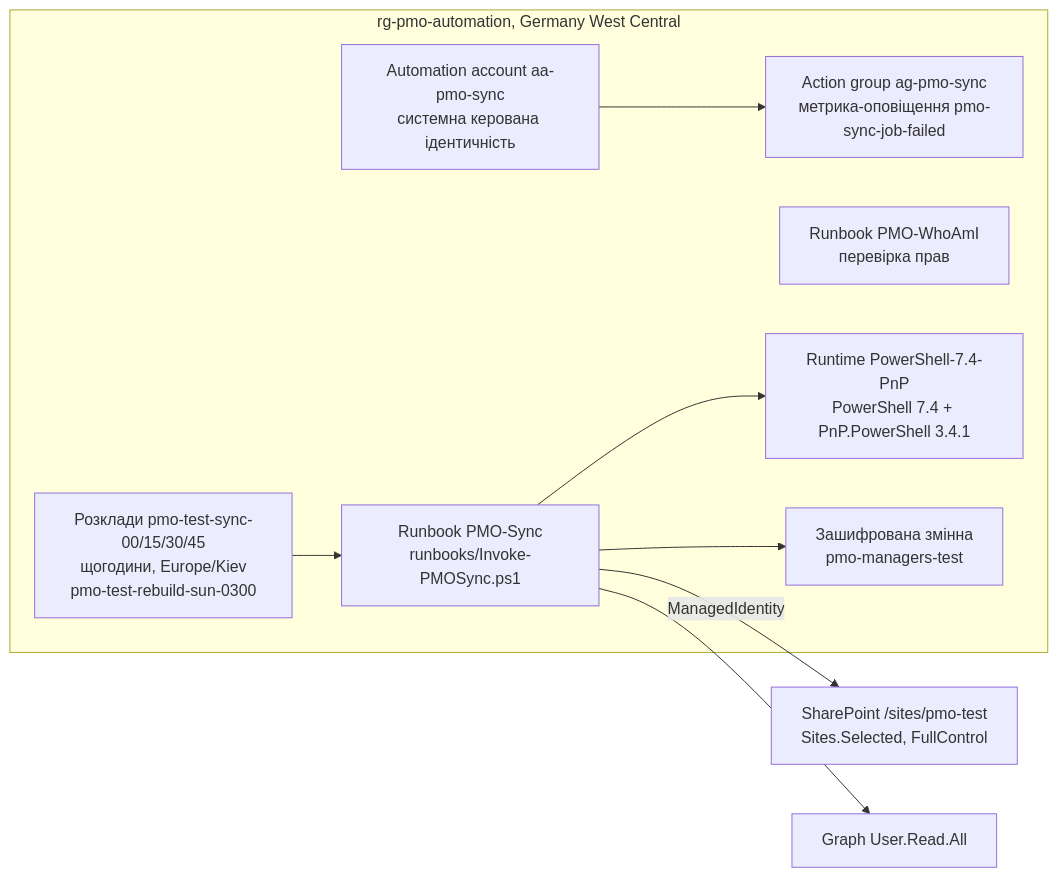
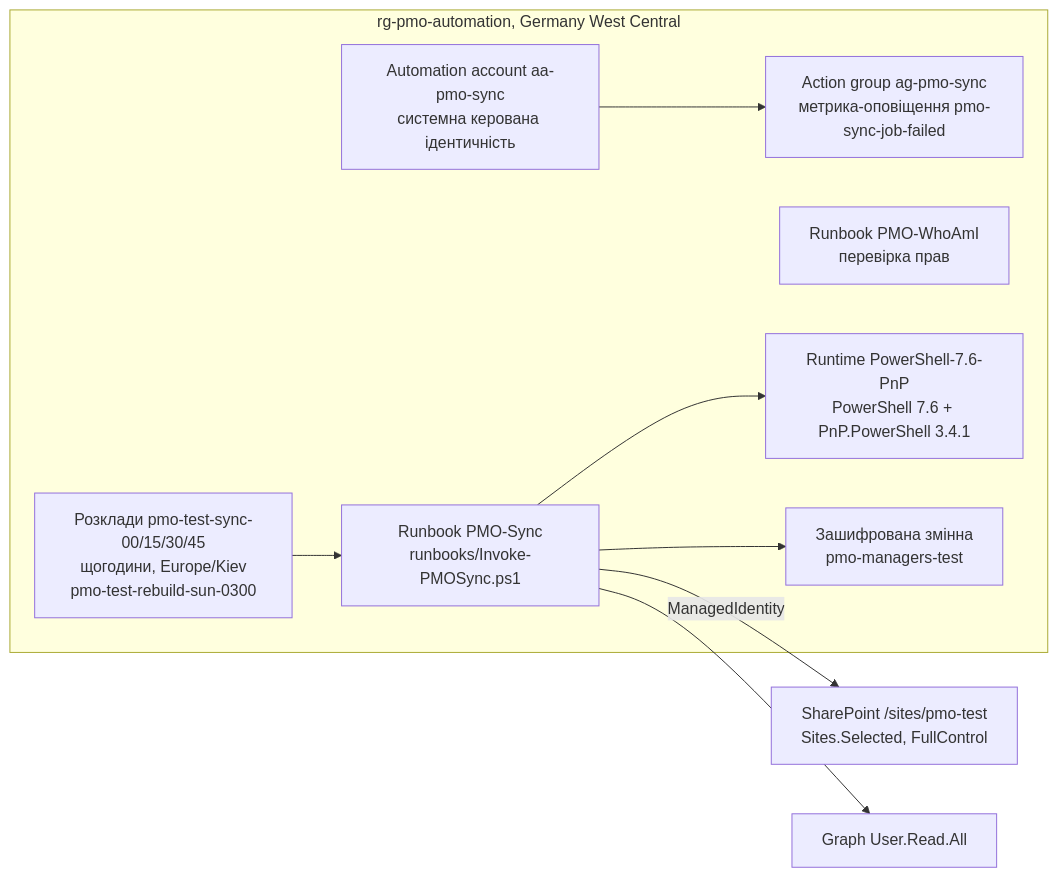
Before and after one commit to Acidsly/pmo-portal: diagram 14 of 15 in docs/ARCHITECTURE.md, drawn with Mermaid. The commit also changed other lines of this file and 10 other files, not shown here.

First line of the commit message:
Стек: runbook теста на PowerShell 7.6, CI на Node 22 и actions v7, overrides уязвимых dev-пакетов

````diff
--- a/docs/ARCHITECTURE.md
+++ b/docs/ARCHITECTURE.md
@@ -490,18 +490,18 @@
 ```mermaid
 flowchart LR
     subgraph RG["rg-pmo-automation, Germany West Central"]
         AA["Automation account aa-pmo-sync<br/>системна керована ідентичність"]
-        RT["Runtime PowerShell-7.4-PnP<br/>PowerShell 7.4 + PnP.PowerShell 3.4.1"]
+        RT["Runtime PowerShell-7.6-PnP<br/>PowerShell 7.6 + PnP.PowerShell 3.4.1"]
         RB["Runbook PMO-Sync<br/>runbooks/Invoke-PMOSync.ps1"]
         WH["Runbook PMO-WhoAmI<br/>перевірка прав"]
         VAR["Зашифрована змінна<br/>pmo-managers-test"]
         SCH["Розклади pmo-test-sync-00/15/30/45<br/>щогодини, Europe/Kiev<br/>pmo-test-rebuild-sun-0300"]
         AG["Action group ag-pmo-sync<br/>метрика-оповіщення pmo-sync-job-failed"]
     end
     SCH --> RB
     RB --> RT
     RB --> VAR
     AA --> AG
     RB -- "ManagedIdentity" --> SPO["SharePoint /sites/pmo-test<br/>Sites.Selected, FullControl"]
     RB --> G["Graph User.Read.All"]
 ```
````
